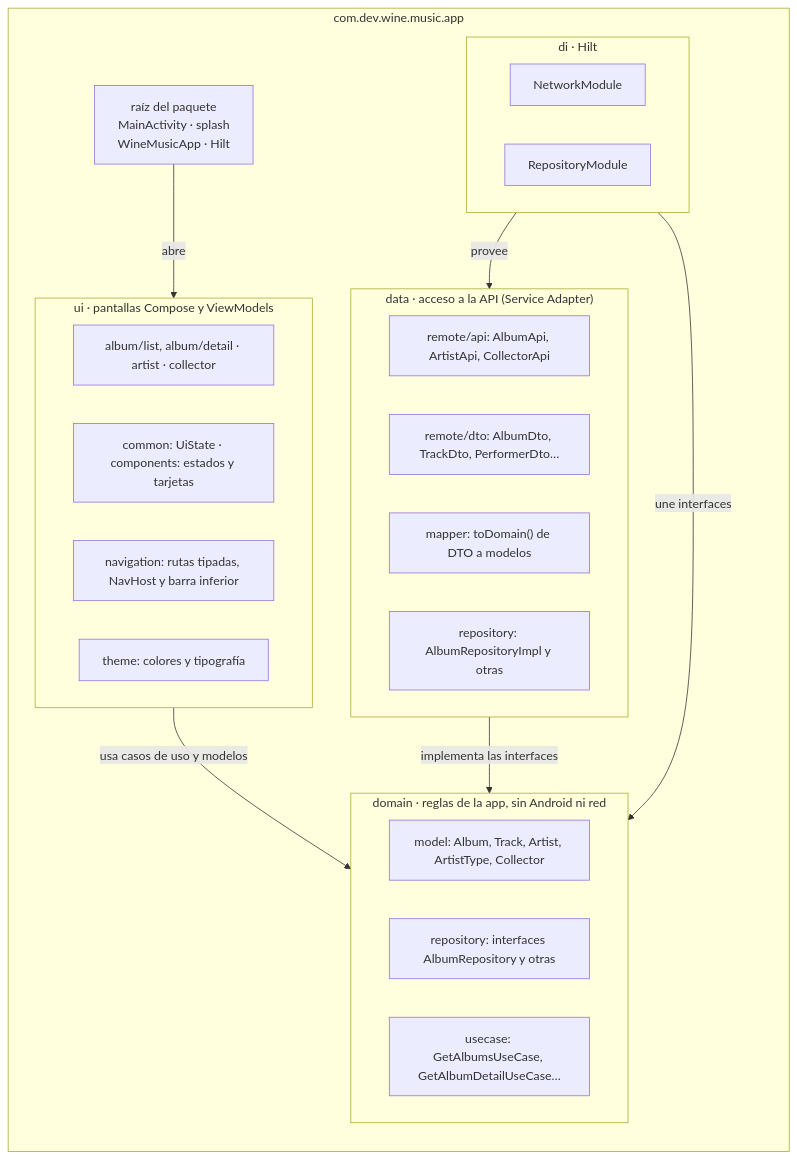
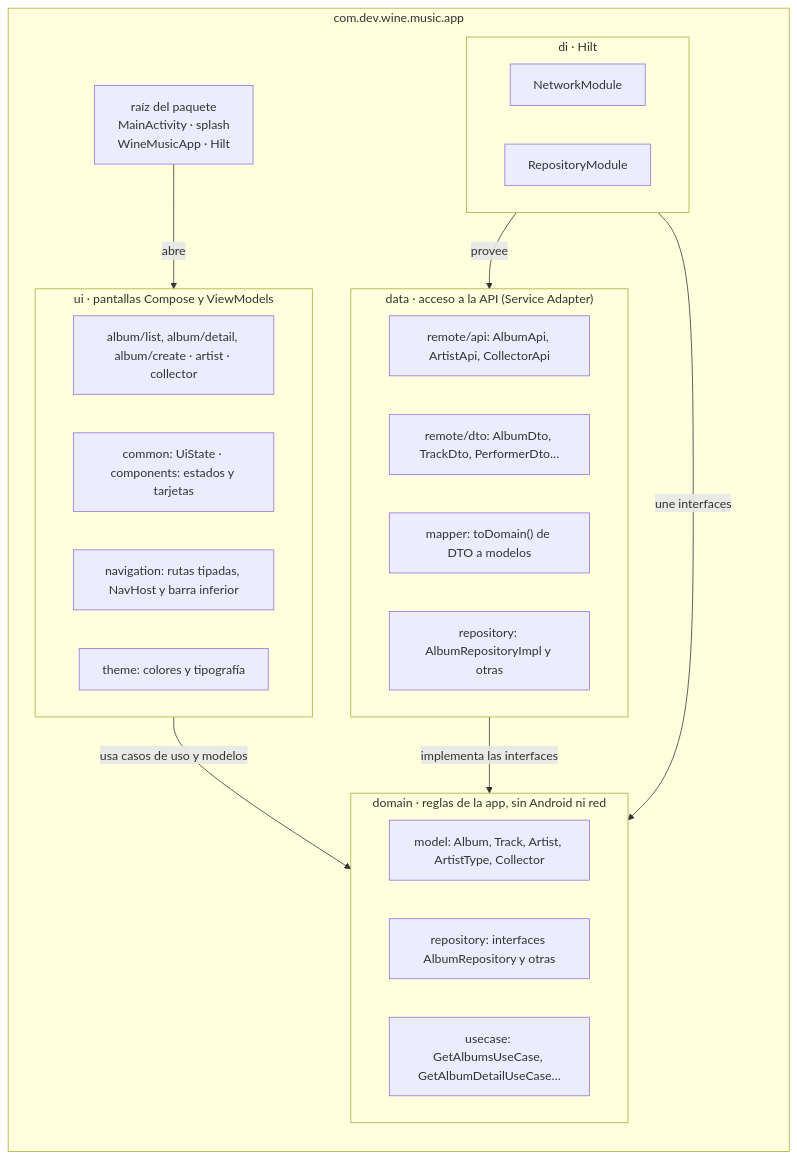
One commit to jhon0520/Andes-Vynils-App changed the second of 4 diagrams in docs/App-technical-documentation.md. Above: the diagram before and after it, drawn with Mermaid. The commit also changed other lines of this file and 25 other files, not shown here.

````diff
--- a/docs/App-technical-documentation.md
+++ b/docs/App-technical-documentation.md
@@ -60,34 +60,34 @@
 ```mermaid
 flowchart LR
     subgraph ROOT["com.dev.wine.music.app"]
         direction TB
         RAIZ["raíz del paquete<br/>MainActivity · splash<br/>WineMusicApp · Hilt"]
         subgraph UIP["ui · pantallas Compose y ViewModels"]
-            U1["album/list, album/detail · artist · collector"]
+            U1["album/list, album/detail, album/create · artist · collector"]
             U2["common: UiState · components: estados y tarjetas"]
             U3["navigation: rutas tipadas, NavHost y barra inferior"]
             U4["theme: colores y tipografía"]
         end
         subgraph DOM["domain · reglas de la app, sin Android ni red"]
             D1["model: Album, Track, Artist, ArtistType, Collector"]
             D2["repository: interfaces AlbumRepository y otras"]
             D3["usecase: GetAlbumsUseCase, GetAlbumDetailUseCase…"]
         end
         subgraph DAT["data · acceso a la API (Service Adapter)"]
             A1["remote/api: AlbumApi, ArtistApi, CollectorApi"]
             A2["remote/dto: AlbumDto, TrackDto, PerformerDto…"]
             A3["mapper: toDomain() de DTO a modelos"]
             A4["repository: AlbumRepositoryImpl y otras"]
         end
         subgraph DI["di · Hilt"]
             I1["NetworkModule"]
             I2["RepositoryModule"]
         end
     end
 
     RAIZ -- abre --> UIP
     UIP -- "usa casos de uso y modelos" --> DOM
     DAT -- "implementa las interfaces" --> DOM
     DI -- provee --> DAT
     DI -- "une interfaces" --> DOM
 ```
````
